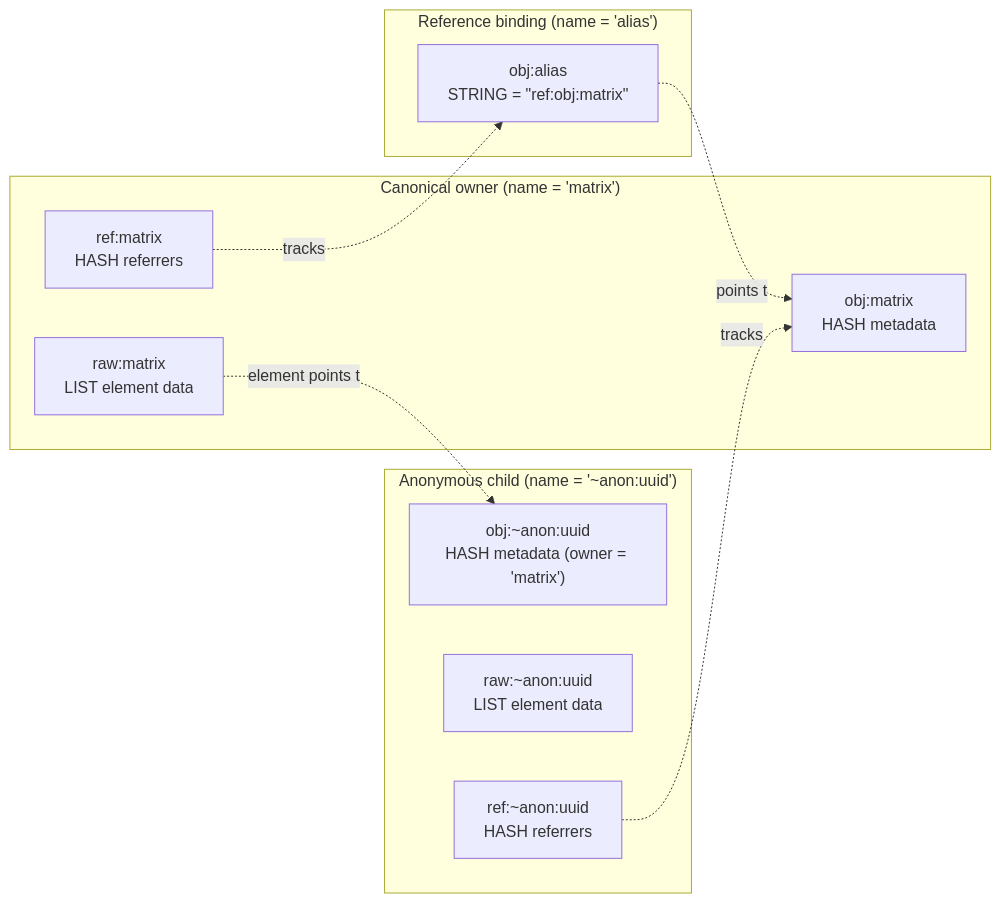
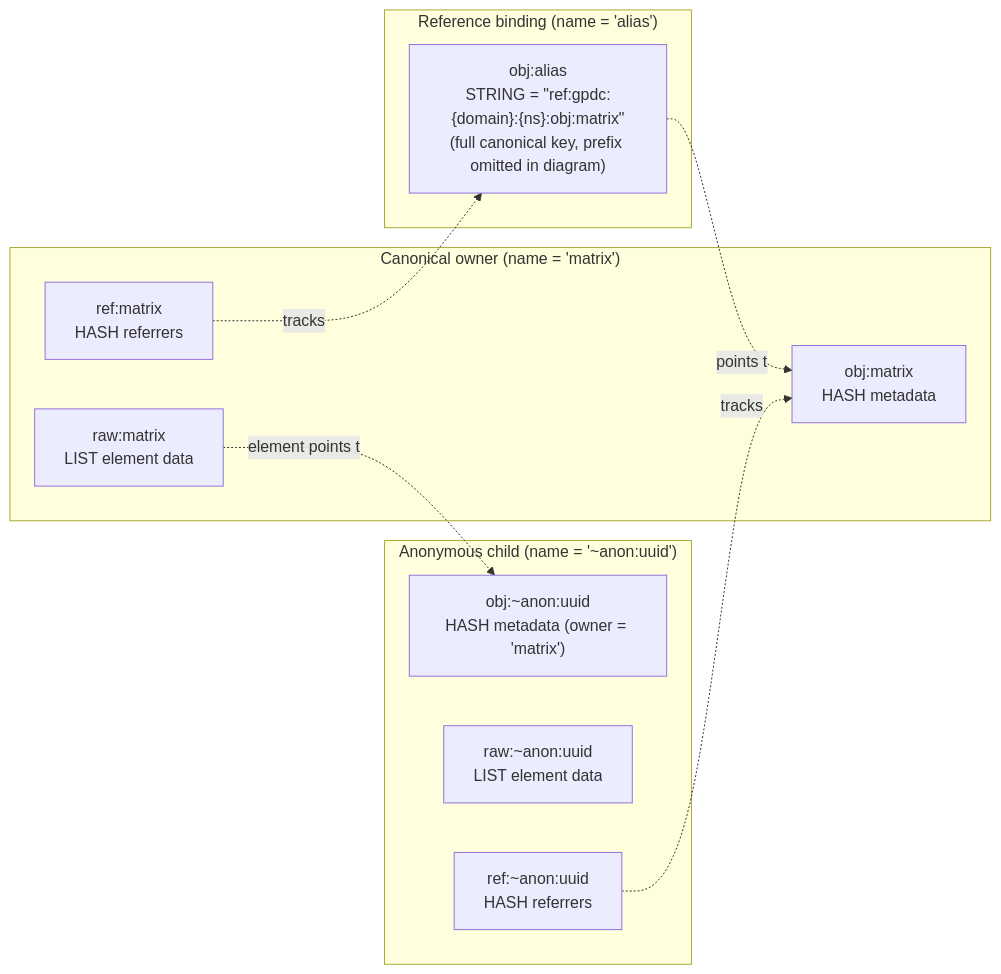
The third of 4 diagrams in docs/overview.md (LinnetCodes/gpdatacached), drawn with Mermaid before and after one commit. The commit also changed other lines of this file and 15 other files, not shown here.

````diff
--- a/docs/overview.md
+++ b/docs/overview.md
@@ -217,21 +217,21 @@
 ```mermaid
 graph LR
     subgraph Owner["Canonical owner (name = 'matrix')"]
         OM["obj:matrix<br/>HASH metadata"]
         OR["raw:matrix<br/>LIST element data"]
         ORF["ref:matrix<br/>HASH referrers"]
     end
     subgraph Alias["Reference binding (name = 'alias')"]
-        AO["obj:alias<br/>STRING = &quot;ref:obj:matrix&quot;"]
+        AO["obj:alias<br/>STRING = &quot;ref:gpdc:{domain}:{ns}:obj:matrix&quot;<br/>(full canonical key, prefix omitted in diagram)"]
     end
     subgraph Anon["Anonymous child (name = '~anon:uuid')"]
         ANM["obj:~anon:uuid<br/>HASH metadata (owner = 'matrix')"]
         ANR["raw:~anon:uuid<br/>LIST element data"]
         ANRF["ref:~anon:uuid<br/>HASH referrers"]
     end
 
     AO -.points to.-> OM
     ORF -.tracks.-> AO
     OR -.element points to.-> ANM
     ANRF -.tracks.-> OM
 ```
````
